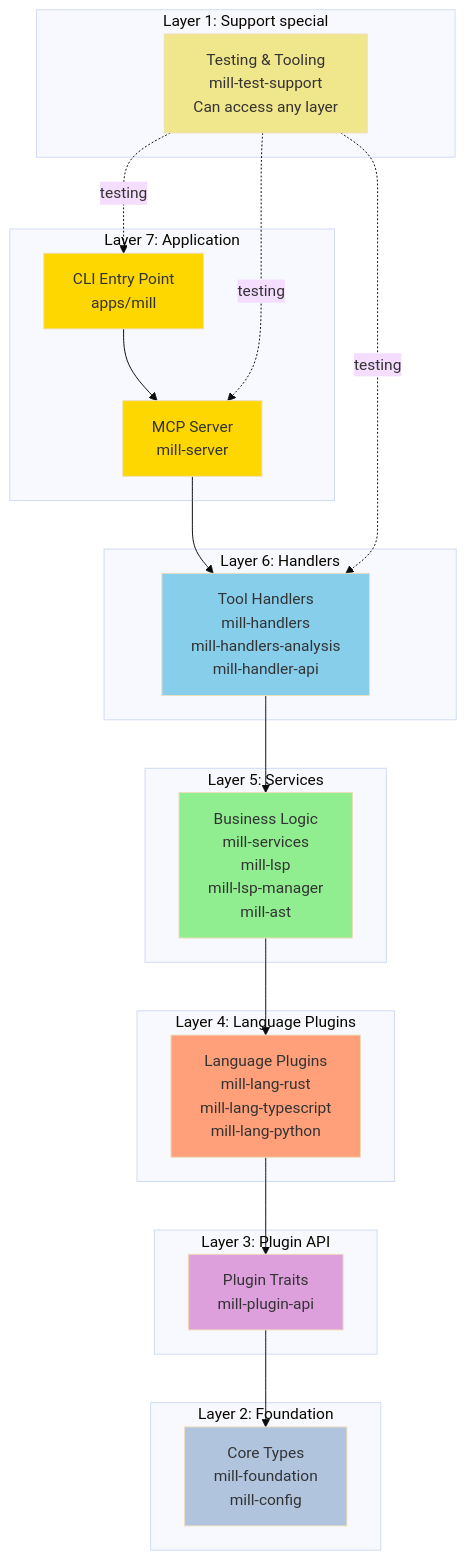
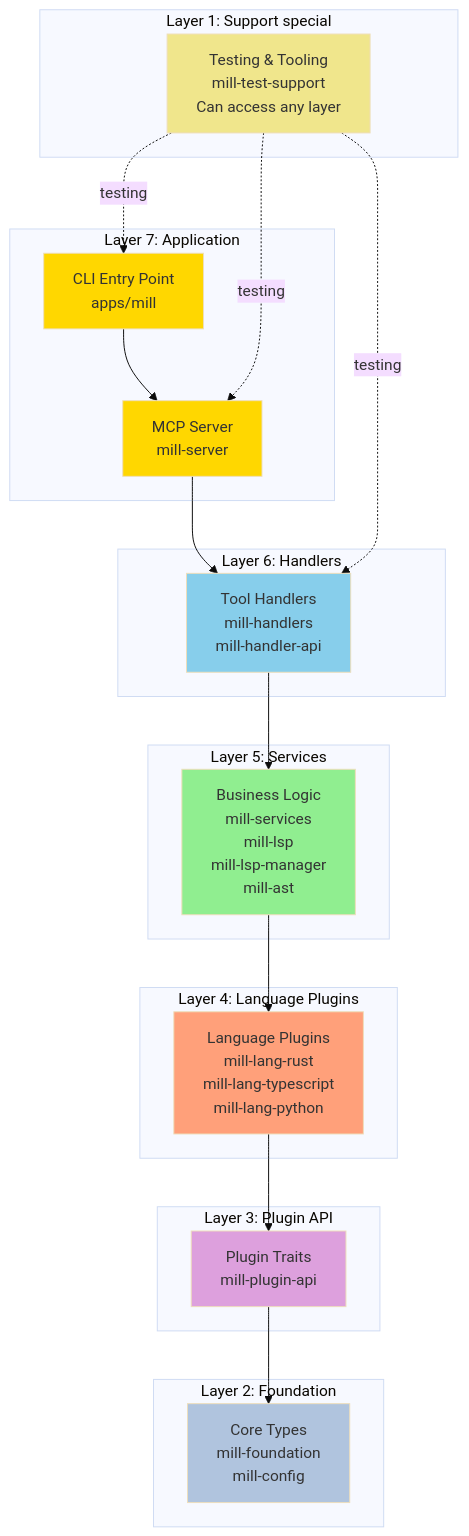
One commit to goobits/typemill changed the first of 2 diagrams in docs/architecture/core-concepts.md. Above: the diagram before and after it, drawn with Mermaid (base theme). The commit also changed other lines of this file and 149 other files, not shown here.

````diff
--- a/docs/architecture/core-concepts.md
+++ b/docs/architecture/core-concepts.md
@@ -371,51 +257,51 @@
 ```mermaid
 graph TB
     subgraph "Layer 7: Application"
         CLI[CLI Entry Point<br/>apps/mill]
         Server[MCP Server<br/>mill-server]
     end
 
     subgraph "Layer 6: Handlers"
-        Handlers[Tool Handlers<br/>mill-handlers<br/>mill-handlers-analysis<br/>mill-handler-api]
+        Handlers[Tool Handlers<br/>mill-handlers<br/>mill-handler-api]
     end
 
     subgraph "Layer 5: Services"
         Services[Business Logic<br/>mill-services<br/>mill-lsp<br/>mill-lsp-manager<br/>mill-ast]
     end
 
     subgraph "Layer 4: Language Plugins"
         Plugins[Language Plugins<br/>mill-lang-rust<br/>mill-lang-typescript<br/>mill-lang-python]
     end
 
     subgraph "Layer 3: Plugin API"
         API[Plugin Traits<br/>mill-plugin-api]
     end
 
     subgraph "Layer 2: Foundation"
         Foundation[Core Types<br/>mill-foundation<br/>mill-config]
     end
 
     subgraph "Layer 1: Support special"
         Support[Testing & Tooling<br/>mill-test-support<br/>Can access any layer]
     end
 
     CLI --> Server
     Server --> Handlers
     Handlers --> Services
     Services --> Plugins
     Plugins --> API
     API --> Foundation
 
     Support -.testing.-> CLI
     Support -.testing.-> Server
     Support -.testing.-> Handlers
 
     style CLI fill:#FFD700
     style Server fill:#FFD700
     style Handlers fill:#87CEEB
     style Services fill:#90EE90
     style Plugins fill:#FFA07A
     style API fill:#DDA0DD
     style Foundation fill:#B0C4DE
     style Support fill:#F0E68C
 ```
````
